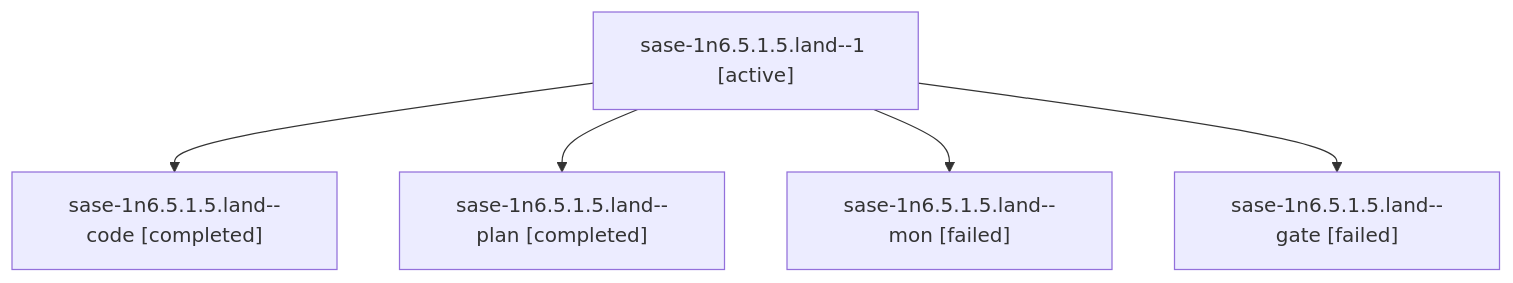
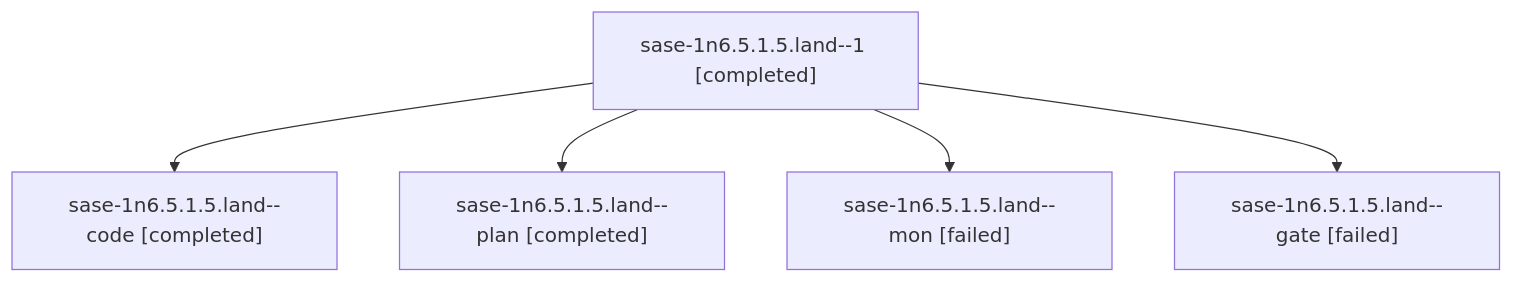
The diagram in sessions/bbugyi200.athena.sase-1n6.5.1.5.land.md (sase-org/sase--agents), drawn with Mermaid before and after one commit. The commit also changed other lines of this file and 160 other files, not shown here.

````diff
--- a/sessions/bbugyi200.athena.sase-1n6.5.1.5.land.md
+++ b/sessions/bbugyi200.athena.sase-1n6.5.1.5.land.md
@@ -9,12 +9,12 @@
 ```mermaid
 flowchart TD
-  n0["sase-1n6.5.1.5.land--1 [active]"]
+  n0["sase-1n6.5.1.5.land--1 [completed]"]
   n1["sase-1n6.5.1.5.land--code [completed]"]
   n0 --> n1
   n2["sase-1n6.5.1.5.land--plan [completed]"]
   n0 --> n2
   n3["sase-1n6.5.1.5.land--mon [failed]"]
   n0 --> n3
   n4["sase-1n6.5.1.5.land--gate [failed]"]
   n0 --> n4
 ```
````
